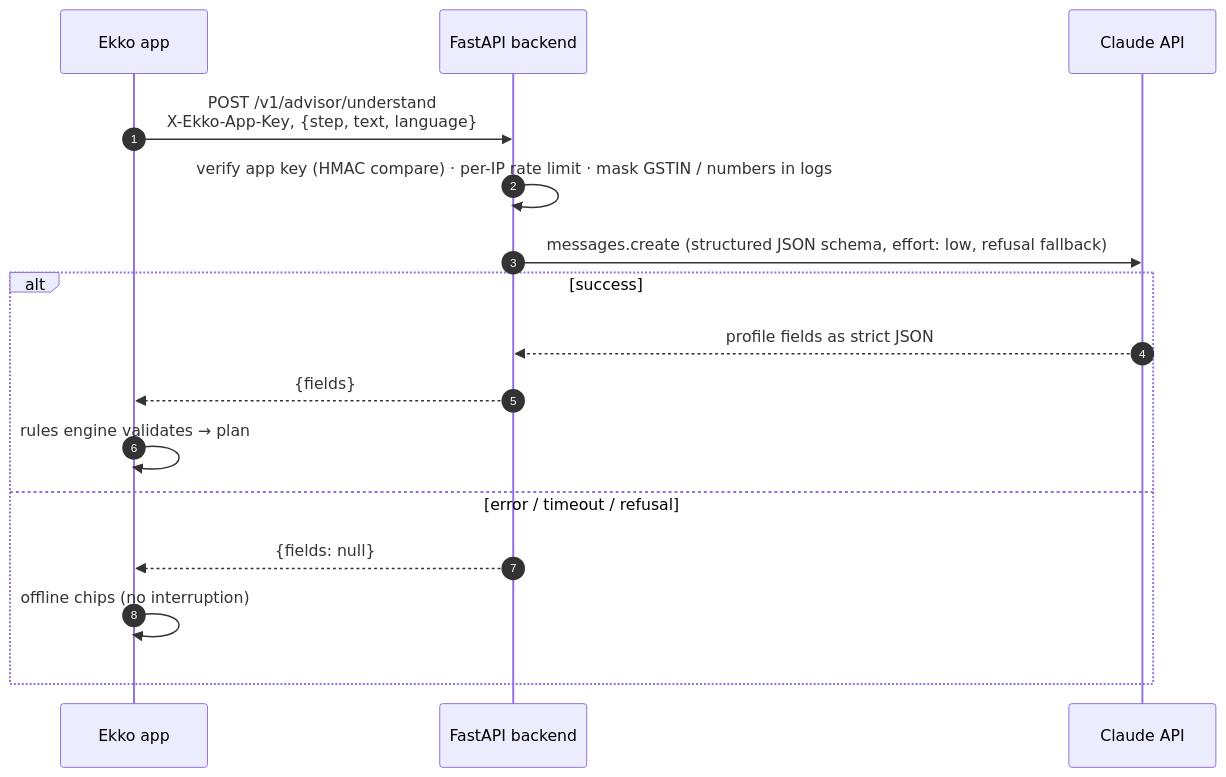
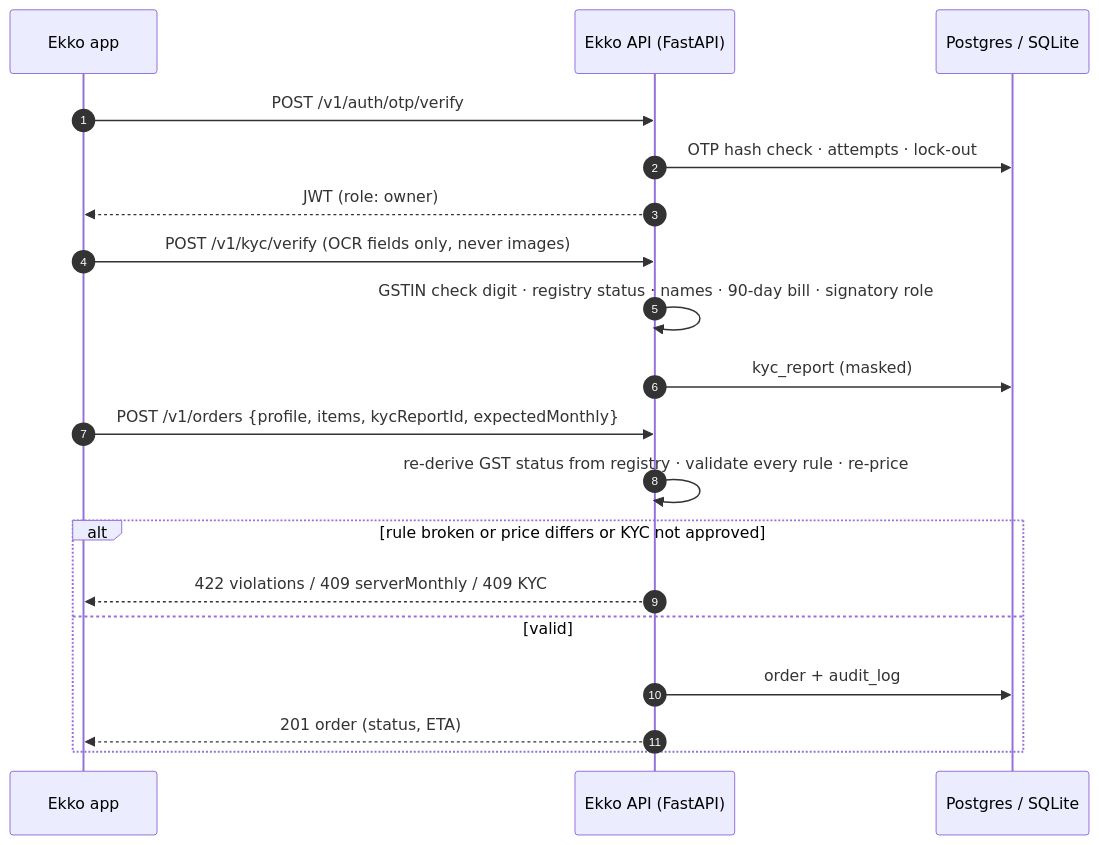
Before and after one commit to deepakm0003/Ekko: the first of 2 diagrams in README.md, drawn with Mermaid. The commit also changed other lines of this file and 5 other files, not shown here.

Commit message:
Document the backend: architecture, API surface and request flow

````diff
--- a/README.md
+++ b/README.md
@@ -81,18 +83,21 @@
 ```mermaid
 sequenceDiagram
     autonumber
     participant App as Ekko app
-    participant API as FastAPI backend
-    participant C as Claude API
-    App->>API: POST /v1/advisor/understand<br/>X-Ekko-App-Key, {step, text, language}
-    API->>API: verify app key (HMAC compare) · per-IP rate limit · mask GSTIN / numbers in logs
-    API->>C: messages.create (structured JSON schema, effort: low, refusal fallback)
-    alt success
-        C-->>API: profile fields as strict JSON
-        API-->>App: {fields}
-        App->>App: rules engine validates → plan
-    else error / timeout / refusal
-        API-->>App: {fields: null}
-        App->>App: offline chips (no interruption)
+    participant API as Ekko API (FastAPI)
+    participant DB as Postgres / SQLite
+    App->>API: POST /v1/auth/otp/verify
+    API->>DB: OTP hash check · attempts · lock-out
+    API-->>App: JWT (role: owner)
+    App->>API: POST /v1/kyc/verify (OCR fields only, never images)
+    API->>API: GSTIN check digit · registry status · names · 90-day bill · signatory role
+    API->>DB: kyc_report (masked)
+    App->>API: POST /v1/orders {profile, items, kycReportId, expectedMonthly}
+    API->>API: re-derive GST status from registry · validate every rule · re-price
+    alt rule broken or price differs or KYC not approved
+        API-->>App: 422 violations / 409 serverMonthly / 409 KYC
+    else valid
+        API->>DB: order + audit_log
+        API-->>App: 201 order (status, ETA)
     end
 ```
````
